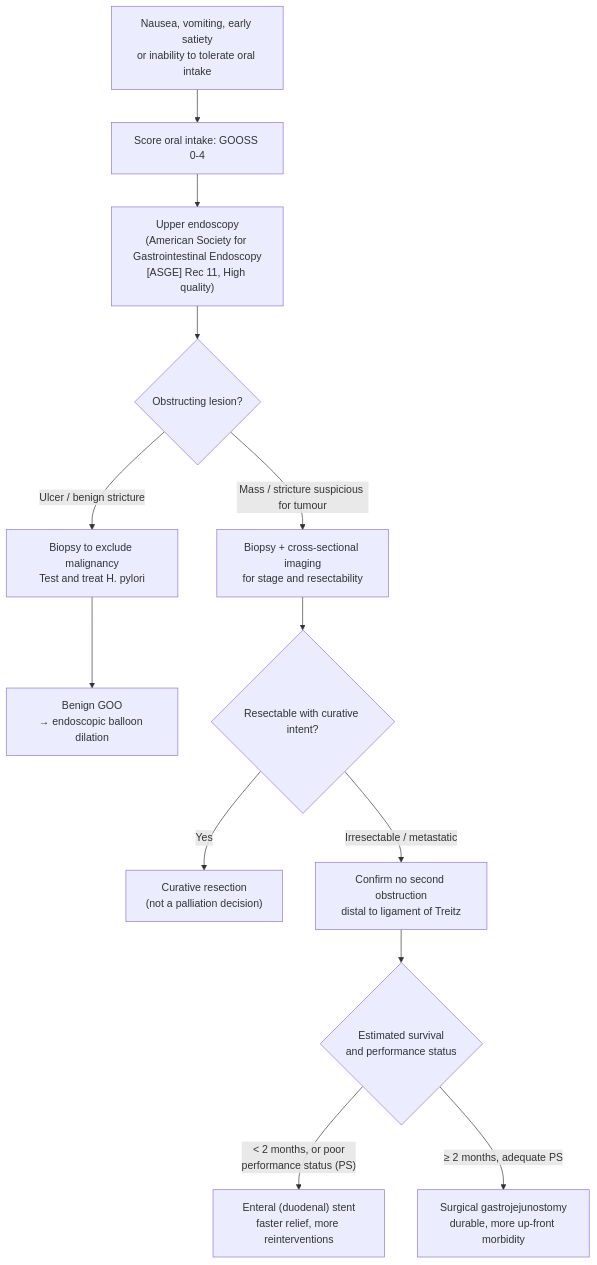
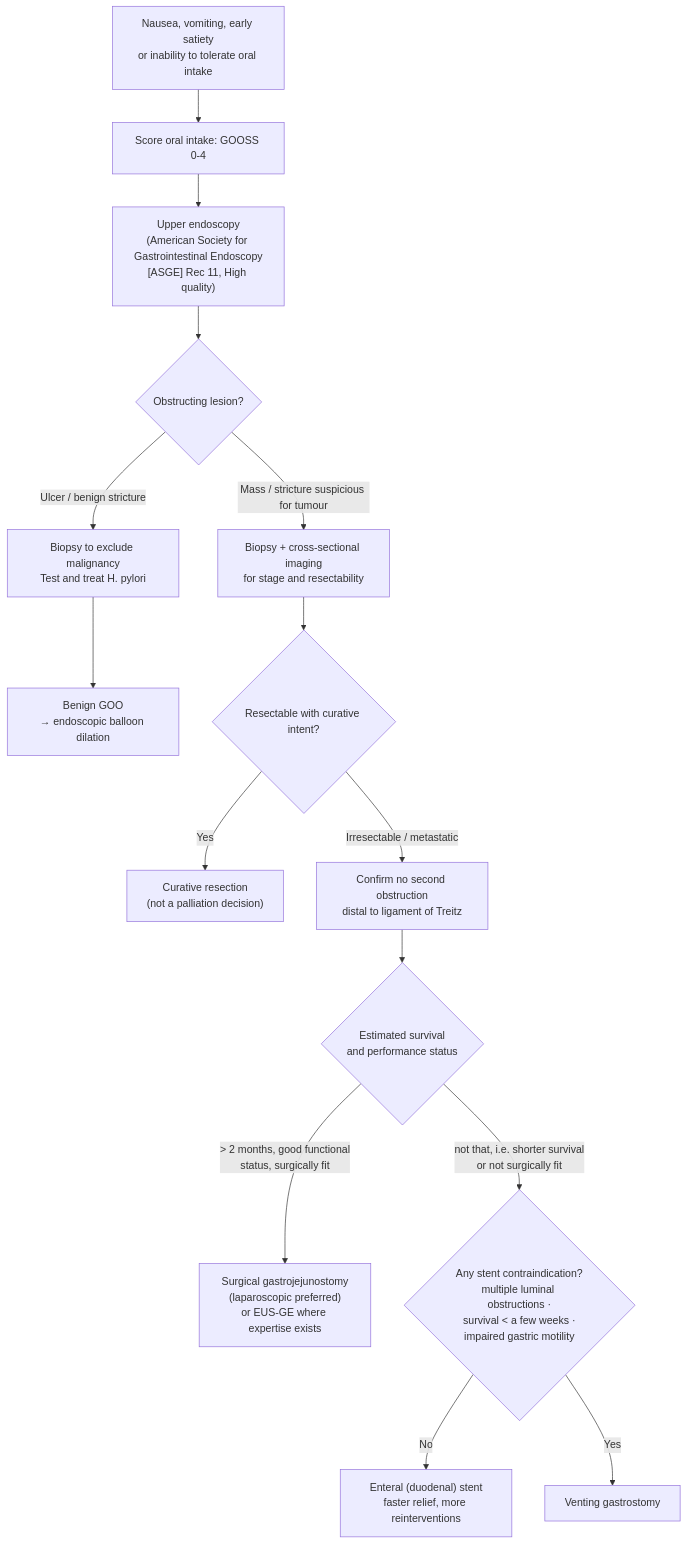
One commit to KHNickLeMD/KHNL-GI-Wiki changed the diagram in KHNL-GI-Wiki/wiki/2-diagnostic-schemas/gastric-outlet-obstruction.md. Above: the diagram before and after it, drawn with Mermaid. The commit also changed other lines of this file and 24 other files, not shown here.

````diff
--- a/KHNL-GI-Wiki/wiki/2-diagnostic-schemas/gastric-outlet-obstruction.md
+++ b/KHNL-GI-Wiki/wiki/2-diagnostic-schemas/gastric-outlet-obstruction.md
@@ -79,15 +79,17 @@
 ```mermaid
 flowchart TD
     A["Nausea, vomiting, early satiety<br/>or inability to tolerate oral intake"] --> B["Score oral intake: GOOSS 0-4"]
     B --> C["Upper endoscopy<br/>(American Society for Gastrointestinal Endoscopy<br/>[ASGE] Rec 11, High quality)"]
     C --> D{"Obstructing lesion?"}
     D -->|"Ulcer / benign stricture"| E["Biopsy to exclude malignancy<br/>Test and treat H. pylori"]
     D -->|"Mass / stricture suspicious for tumour"| F["Biopsy + cross-sectional imaging<br/>for stage and resectability"]
     E --> G["Benign GOO<br/>→ endoscopic balloon dilation"]
     F --> H{"Resectable with curative intent?"}
     H -->|Yes| I["Curative resection<br/>(not a palliation decision)"]
     H -->|"Irresectable / metastatic"| J["Confirm no second obstruction<br/>distal to ligament of Treitz"]
     J --> K{"Estimated survival<br/>and performance status"}
-    K -->|"< 2 months, or poor<br/>performance status (PS)"| L["Enteral (duodenal) stent<br/>faster relief, more reinterventions"]
-    K -->|"≥ 2 months, adequate PS"| M["Surgical gastrojejunostomy<br/>durable, more up-front morbidity"]
+    K -->|"> 2 months, good functional<br/>status, surgically fit"| M["Surgical gastrojejunostomy<br/>(laparoscopic preferred)<br/>or EUS-GE where expertise exists"]
+    K -->|"not that, i.e. shorter survival<br/>or not surgically fit"| N{"Any stent contraindication?<br/>multiple luminal obstructions ·<br/>survival < a few weeks ·<br/>impaired gastric motility"}
+    N -->|No| L["Enteral (duodenal) stent<br/>faster relief, more reinterventions"]
+    N -->|Yes| O["Venting gastrostomy"]
 ```
````
